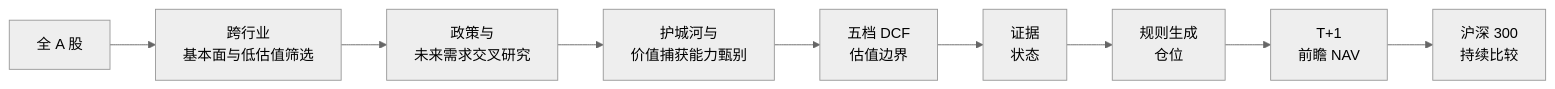
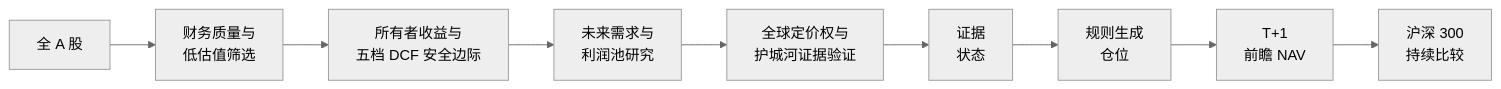
The diagram in README.zh-CN.md (MIngQian04/a-share-moat-value-strategy), drawn with Mermaid (neutral theme) before and after one commit. The commit also changed other lines of this file and 4 other files, not shown here.

````diff
--- a/README.zh-CN.md
+++ b/README.zh-CN.md
@@ -51,11 +55,11 @@
 ```mermaid
 flowchart LR
-    A["全 A 股"] --> B["跨行业<br/>基本面与低估值筛选"]
-    B --> C["政策与<br/>未来需求交叉研究"]
-    C --> D["护城河与<br/>价值捕获能力甄别"]
-    D --> E["五档 DCF<br/>估值边界"]
+    A["全 A 股"] --> B["财务质量与<br/>低估值筛选"]
+    B --> C["所有者收益与<br/>五档 DCF 安全边际"]
+    C --> D["未来需求与<br/>利润池研究"]
+    D --> E["全球定价权与<br/>护城河证据验证"]
     E --> F["证据<br/>状态"]
     F --> G["规则生成<br/>仓位"]
     G --> H["T+1<br/>前瞻 NAV"]
     H --> I["沪深 300<br/>持续比较"]
 ```
````
